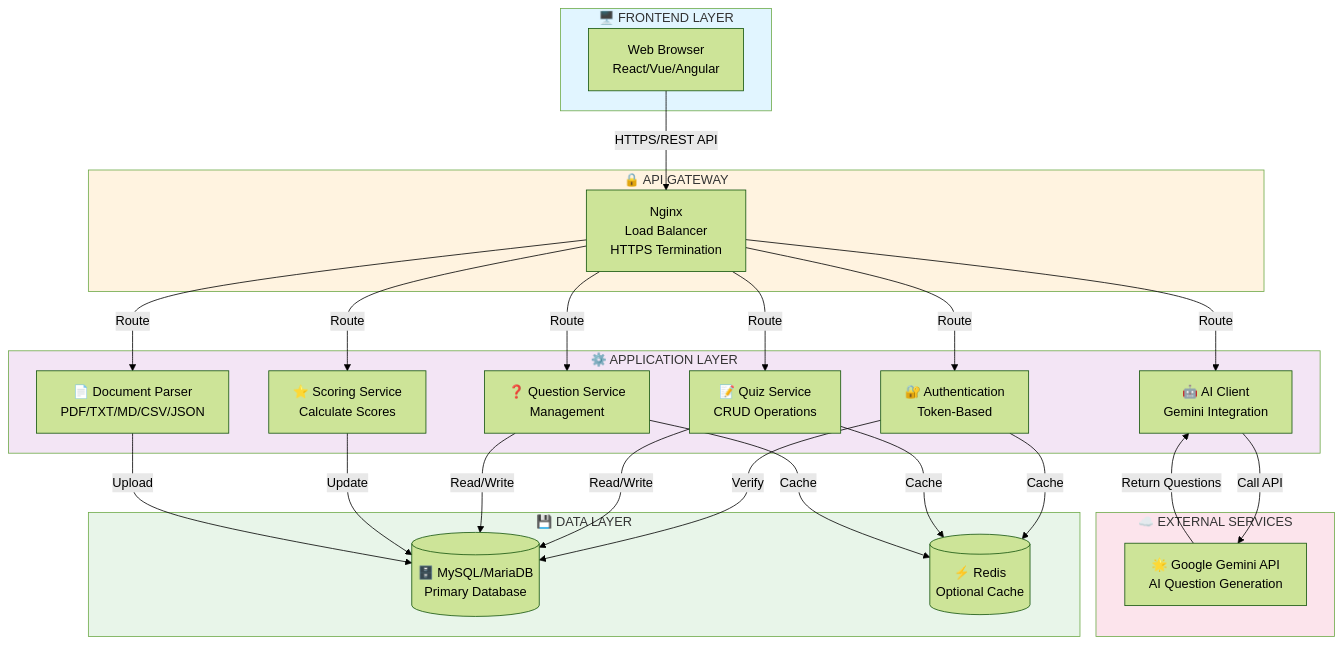
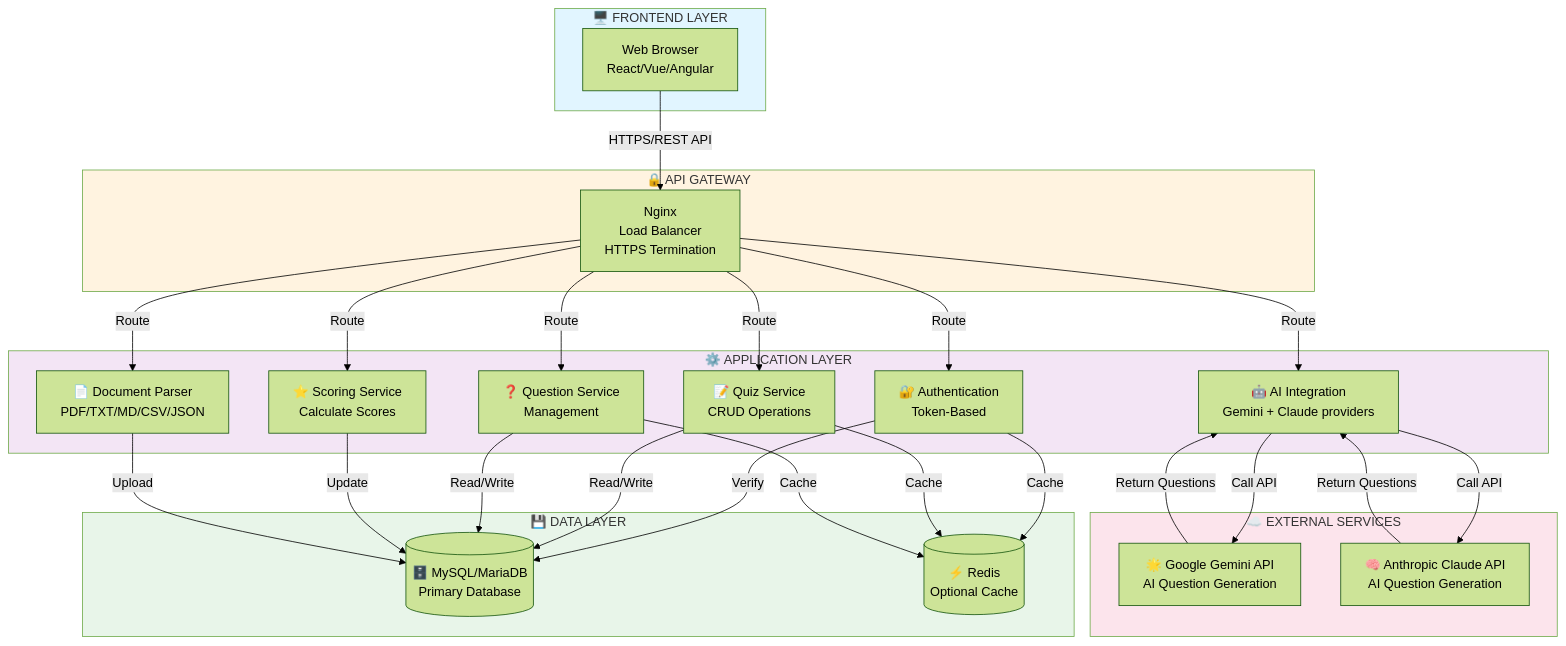
Before and after one commit to theuglyhaxor/CSE4204-8D-T04-SMART-QUIZ-GENERATOR: the diagram in README.md, drawn with Mermaid (forest theme). The commit also changed other lines of this file and 45 other files, not shown here.

````diff
--- a/README.md
+++ b/README.md
@@ -369,55 +395,58 @@
 ```mermaid
 graph TB
     subgraph Frontend["🖥️ FRONTEND LAYER"]
         WEB["Web Browser<br/>React/Vue/Angular"]
     end
     
     subgraph Gateway["🔒 API GATEWAY"]
         LB["Nginx<br/>Load Balancer<br/>HTTPS Termination"]
     end
     
     subgraph AppLayer["⚙️ APPLICATION LAYER"]
         AUTH["🔐 Authentication<br/>Token-Based"]
         QUIZ["📝 Quiz Service<br/>CRUD Operations"]
         QUESTION["❓ Question Service<br/>Management"]
         SCORING["⭐ Scoring Service<br/>Calculate Scores"]
         PARSER["📄 Document Parser<br/>PDF/TXT/MD/CSV/JSON"]
-        AI["🤖 AI Client<br/>Gemini Integration"]
+        AI["🤖 AI Integration<br/>Gemini + Claude providers"]
     end
     
     subgraph Data["💾 DATA LAYER"]
         DB[("🗄️ MySQL/MariaDB<br/>Primary Database")]
         CACHE[("⚡ Redis<br/>Optional Cache")]
     end
     
     subgraph External["☁️ EXTERNAL SERVICES"]
         GEMINI["🌟 Google Gemini API<br/>AI Question Generation"]
+        CLAUDE["🧠 Anthropic Claude API<br/>AI Question Generation"]
     end
     
     WEB -->|HTTPS/REST API| LB
     
     LB -->|Route| AUTH
     LB -->|Route| QUIZ
     LB -->|Route| QUESTION
     LB -->|Route| SCORING
     LB -->|Route| PARSER
     LB -->|Route| AI
     
     AUTH -->|Verify| DB
     QUIZ -->|Read/Write| DB
     QUESTION -->|Read/Write| DB
     SCORING -->|Update| DB
     PARSER -->|Upload| DB
     AI -->|Call API| GEMINI
+    AI -->|Call API| CLAUDE
     GEMINI -->|Return Questions| AI
+    CLAUDE -->|Return Questions| AI
     
     AUTH -->|Cache| CACHE
     QUIZ -->|Cache| CACHE
     QUESTION -->|Cache| CACHE
     
     style Frontend fill:#e1f5ff
     style Gateway fill:#fff3e0
     style AppLayer fill:#f3e5f5
     style Data fill:#e8f5e9
     style External fill:#fce4ec
 ```
````
